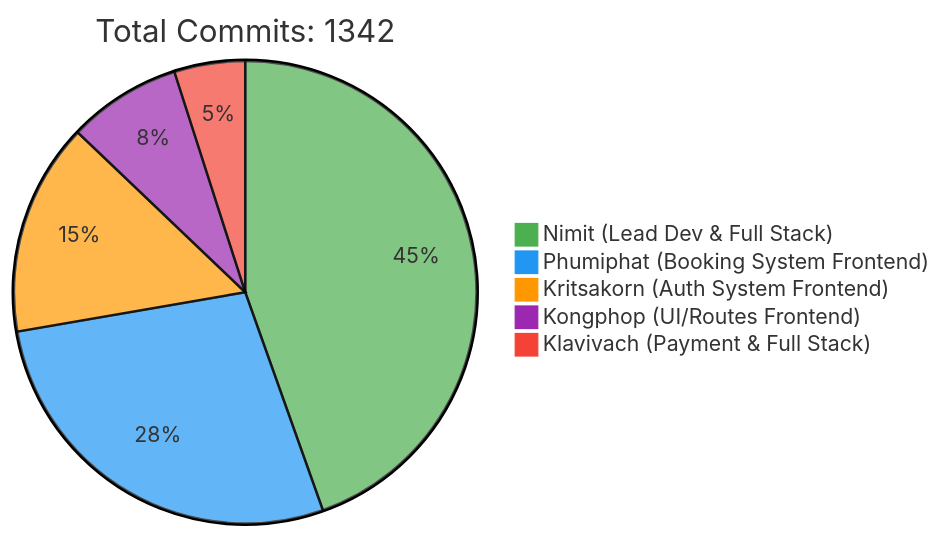
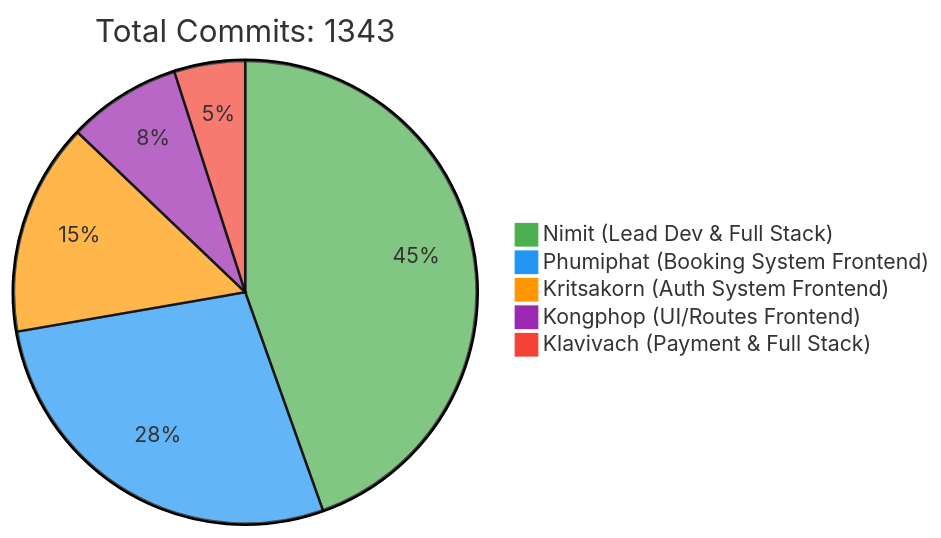
The first of 2 diagrams in README.md (6531503042/Sport-Complex), drawn with Mermaid before and after one commit. The commit also changed other lines of this file, not shown here.

Commit message:
docs: Update contributor statistics [skip ci]

````diff
--- a/README.md
+++ b/README.md
@@ -257,10 +257,10 @@
 ```mermaid
 %%{init: {'theme': 'base', 'themeVariables': { 'pie1': '#4CAF50', 'pie2': '#2196F3', 'pie3': '#FF9800', 'pie4': '#9C27B0', 'pie5': '#F44336'}}}%%
 pie
-    title Total Commits: 1342
+    title Total Commits: 1343
     "Nimit (Lead Dev & Full Stack)" : 450
     "Phumiphat (Booking System Frontend)" : 280
     "Kritsakorn (Auth System Frontend)" : 150
     "Kongphop (UI/Routes Frontend)" : 80
     "Klavivach (Payment & Full Stack)" : 50
 ```
````
